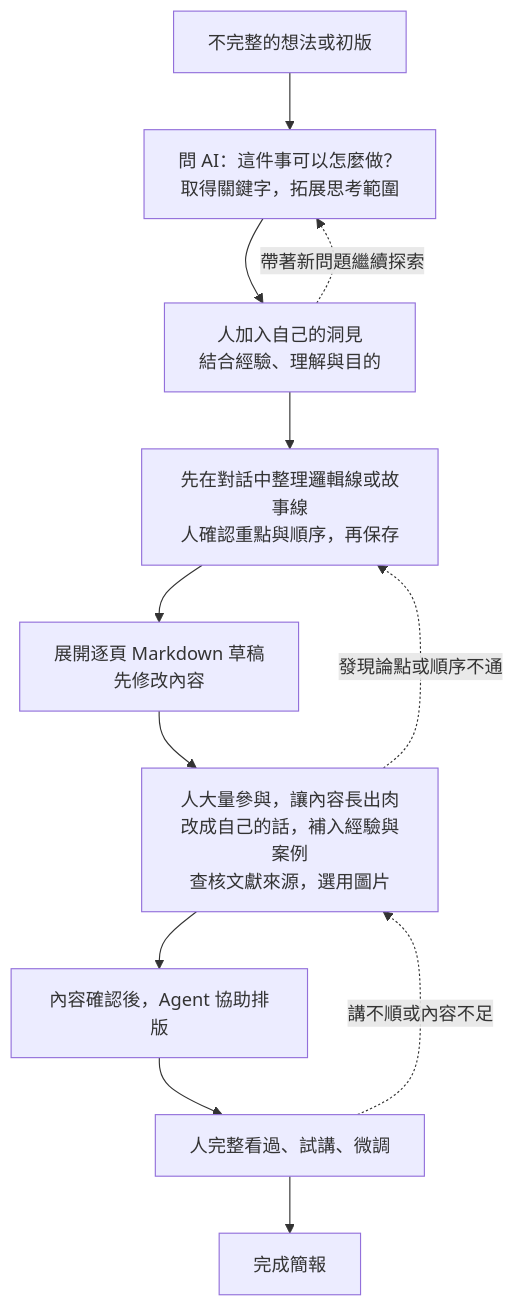
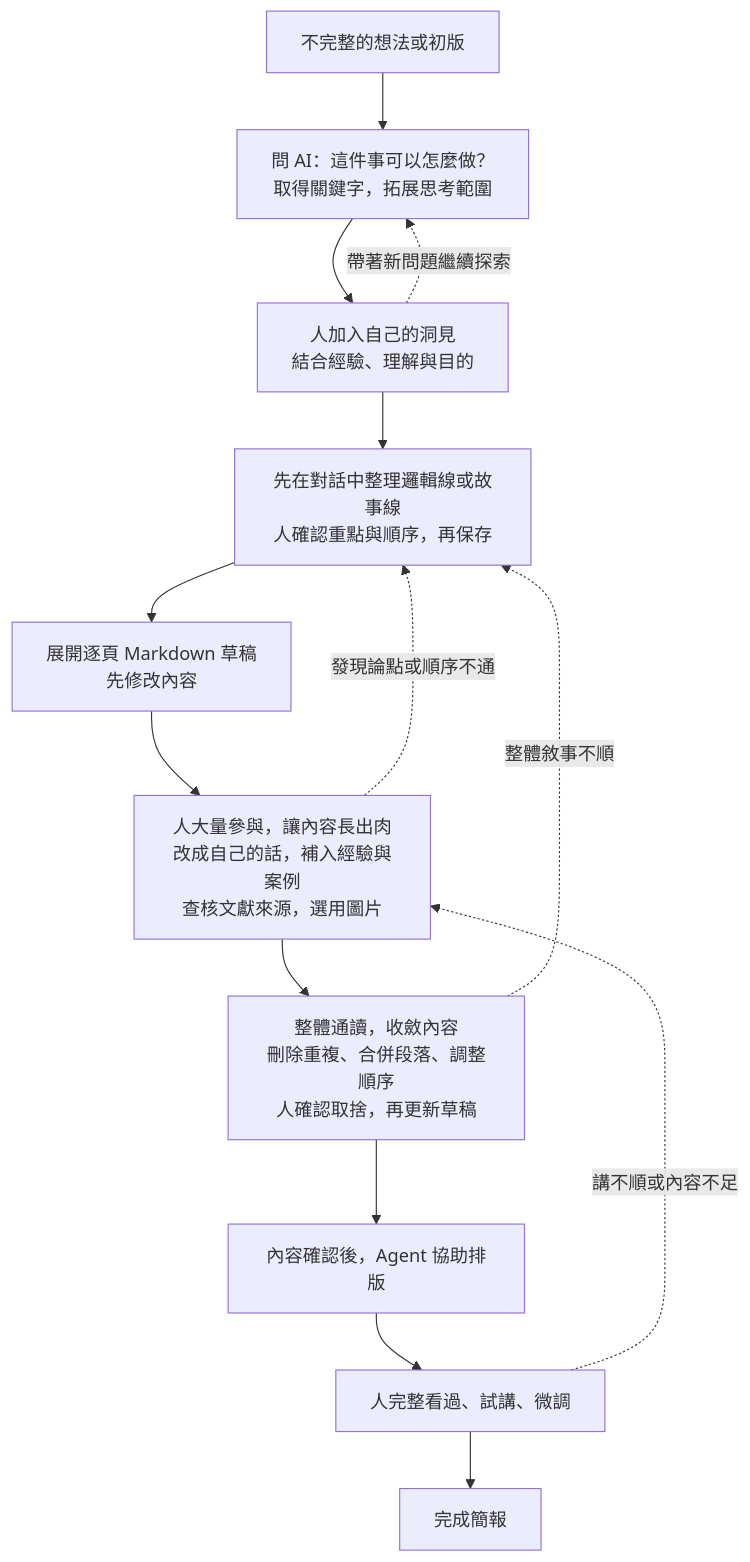
One commit to jimmy60504/agentic-knowledge-work changed the diagram in drafts/02-week2-presentation-lesson-plan.md. Above: the diagram before and after it, drawn with Mermaid. The commit also changed other lines of this file and 1 other file, not shown here.

````diff
--- a/drafts/02-week2-presentation-lesson-plan.md
+++ b/drafts/02-week2-presentation-lesson-plan.md
@@ -59,15 +59,17 @@
 ```mermaid
 flowchart TD
     A["不完整的想法或初版"] --> B["問 AI：這件事可以怎麼做？<br/>取得關鍵字，拓展思考範圍"]
     B --> C["人加入自己的洞見<br/>結合經驗、理解與目的"]
     C --> D["先在對話中整理邏輯線或故事線<br/>人確認重點與順序，再保存"]
     D --> E["展開逐頁 Markdown 草稿<br/>先修改內容"]
     E --> F["人大量參與，讓內容長出肉<br/>改成自己的話，補入經驗與案例<br/>查核文獻來源，選用圖片"]
-    F --> G["內容確認後，Agent 協助排版"]
+    F --> J["整體通讀，收斂內容<br/>刪除重複、合併段落、調整順序<br/>人確認取捨，再更新草稿"]
+    J --> G["內容確認後，Agent 協助排版"]
     G --> H["人完整看過、試講、微調"]
     H --> I["完成簡報"]
 
     C -. 帶著新問題繼續探索 .-> B
     F -. 發現論點或順序不通 .-> D
+    J -. 整體敘事不順 .-> D
     H -. 講不順或內容不足 .-> F
 ```
````
